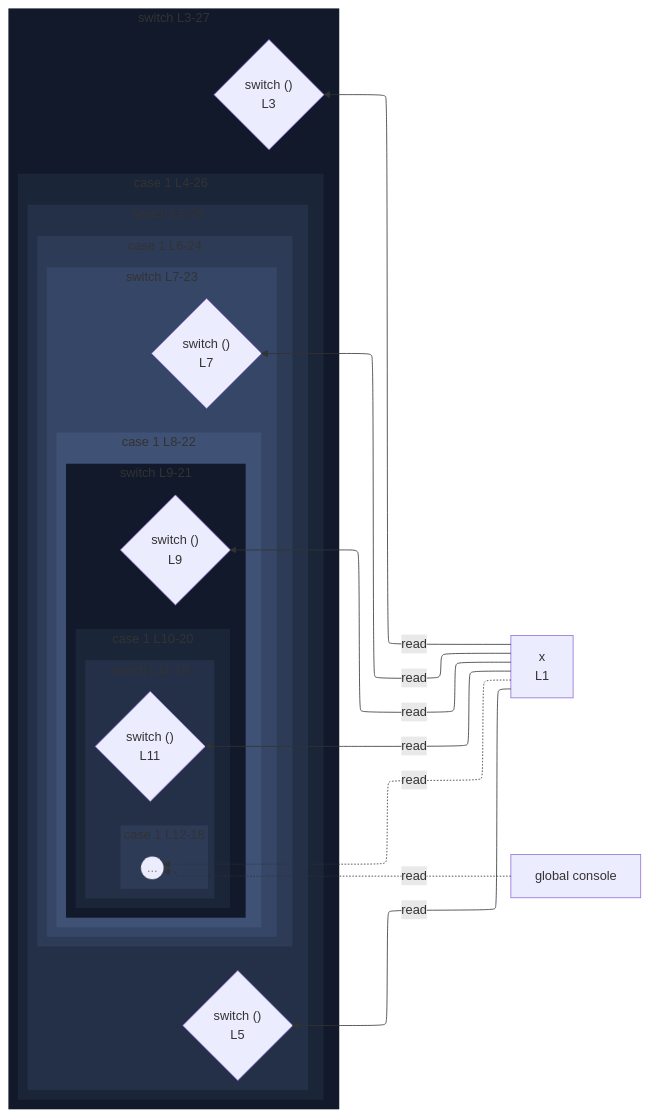
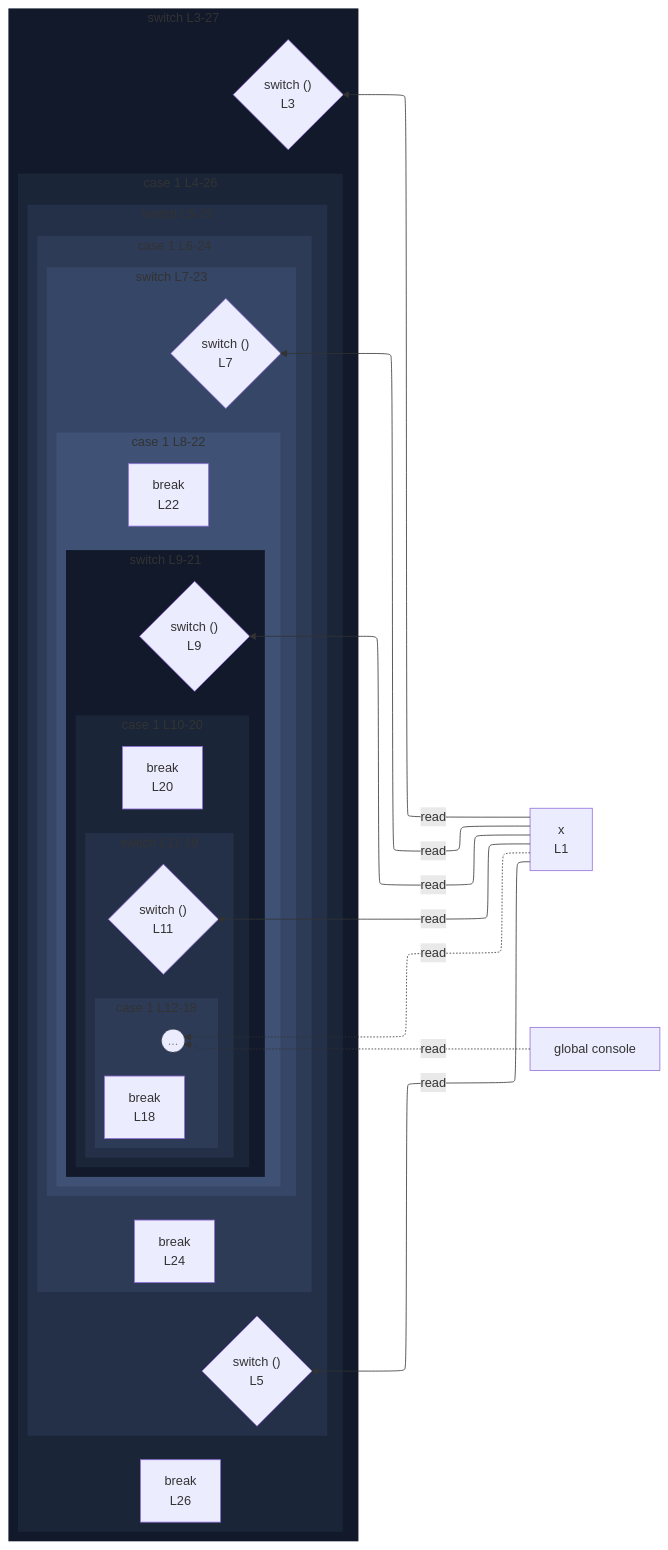
One commit to crescware/unsnarl changed the diagram in integration/fixtures/app-behavior/depth/switch/depth-5/preview.md. Above: the diagram before and after it, drawn with Mermaid. The commit also changed 352 other files, not shown here.

````diff
--- a/integration/fixtures/app-behavior/depth/switch/depth-5/preview.md
+++ b/integration/fixtures/app-behavior/depth/switch/depth-5/preview.md
@@ -43,67 +43,72 @@
 ```mermaid
 %%{init: {"flowchart": {"defaultRenderer": "elk"}}}%%
 flowchart RL
   n_scope_0_x_6["x<br/>L1"]
   n_scope_0_console_296["global console"]
   subgraph s_scope_1["switch L3-27"]
     direction RL
     switch_discriminant_scope_0_14{"switch ()<br/>L3"}
     subgraph s_scope_2["case 1 L4-26"]
       direction RL
+      bc_break_501["break<br/>L26"]
       subgraph s_scope_3["switch L5-25"]
         direction RL
         switch_discriminant_scope_2_41{"switch ()<br/>L5"}
         subgraph s_scope_4["case 1 L6-24"]
           direction RL
+          bc_break_484["break<br/>L24"]
           subgraph s_scope_5["switch L7-23"]
             direction RL
             switch_discriminant_scope_4_76{"switch ()<br/>L7"}
             subgraph s_scope_6["case 1 L8-22"]
               direction RL
+              bc_break_459["break<br/>L22"]
               subgraph s_scope_7["switch L9-21"]
                 direction RL
                 switch_discriminant_scope_6_119{"switch ()<br/>L9"}
                 subgraph s_scope_8["case 1 L10-20"]
                   direction RL
+                  bc_break_426["break<br/>L20"]
                   subgraph s_scope_9["switch L11-19"]
                     direction RL
                     switch_discriminant_scope_8_170{"switch ()<br/>L11"}
                     subgraph s_scope_10["case 1 L12-18"]
                       direction RL
+                      bc_break_385["break<br/>L18"]
                       beyond_depth_s_scope_10((...))
                     end
                   end
                 end
               end
             end
           end
         end
       end
     end
   end
   n_scope_0_x_6 -->|read| switch_discriminant_scope_0_14
   n_scope_0_x_6 -->|read| switch_discriminant_scope_2_41
   n_scope_0_x_6 -->|read| switch_discriminant_scope_4_76
   n_scope_0_x_6 -->|read| switch_discriminant_scope_6_119
   n_scope_0_x_6 -->|read| switch_discriminant_scope_8_170
   n_scope_0_x_6 -.->|read| beyond_depth_s_scope_10
   n_scope_0_console_296 -.->|read| beyond_depth_s_scope_10
   classDef boundaryStub stroke:#888,stroke-dasharray:3 3,color:#888;
   class beyond_depth_s_scope_10 boundaryStub;
   classDef nestL1 fill:#11192a,stroke:transparent;
   class s_scope_1 nestL1;
   class s_scope_7 nestL1;
   classDef nestL2 fill:#1a2538,stroke:transparent;
   class s_scope_2 nestL2;
   class s_scope_8 nestL2;
   classDef nestL3 fill:#243047,stroke:transparent;
   class s_scope_3 nestL3;
   class s_scope_9 nestL3;
   classDef nestL4 fill:#2d3b57,stroke:transparent;
   class s_scope_4 nestL4;
   class s_scope_10 nestL4;
   classDef nestL5 fill:#364666,stroke:transparent;
   class s_scope_5 nestL5;
   classDef nestL6 fill:#3f5175,stroke:transparent;
   class s_scope_6 nestL6;
 ```
````
